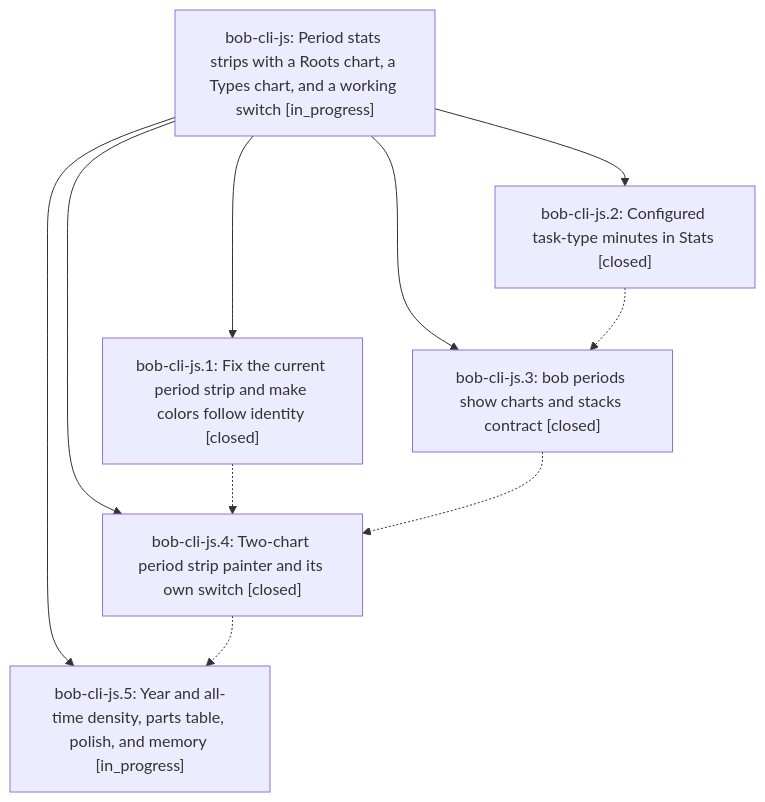
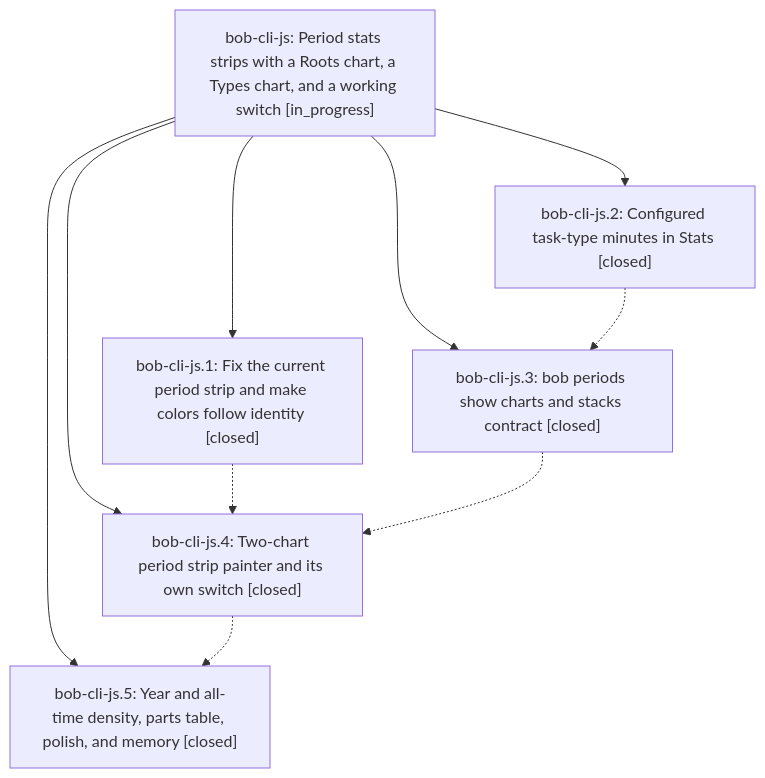
The diagram in pages/bob-cli-js/README.md (bobs-org/bob-cli--beads), drawn with Mermaid before and after one commit. The commit also changed other lines of this file and 3 other files, not shown here.

First line of the commit message:
chore(beads): sync bead state and pages for bob-cli-js

````diff
--- a/pages/bob-cli-js/README.md
+++ b/pages/bob-cli-js/README.md
@@ -38,18 +38,18 @@
 ```mermaid
 flowchart TD
     n0["bob-cli-js: Period stats strips with a Roots chart, a Types chart, and a working switch [in_progress]"]
     n1["bob-cli-js.1: Fix the current period strip and make colors follow identity [closed]"]
     n2["bob-cli-js.2: Configured task-type minutes in Stats [closed]"]
     n3["bob-cli-js.3: bob periods show charts and stacks contract [closed]"]
     n4["bob-cli-js.4: Two-chart period strip painter and its own switch [closed]"]
-    n5["bob-cli-js.5: Year and all-time density, parts table, polish, and memory [in_progress]"]
+    n5["bob-cli-js.5: Year and all-time density, parts table, polish, and memory [closed]"]
     n0 --> n1
     n0 --> n2
     n0 --> n3
     n0 --> n4
     n0 --> n5
     n1 -.-> n4
     n2 -.-> n3
     n3 -.-> n4
     n4 -.-> n5
 ```
````
